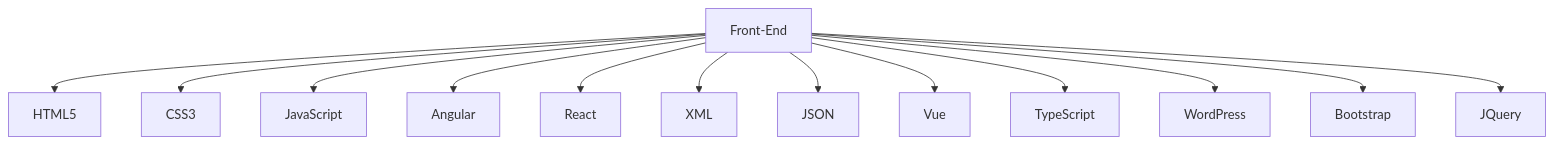
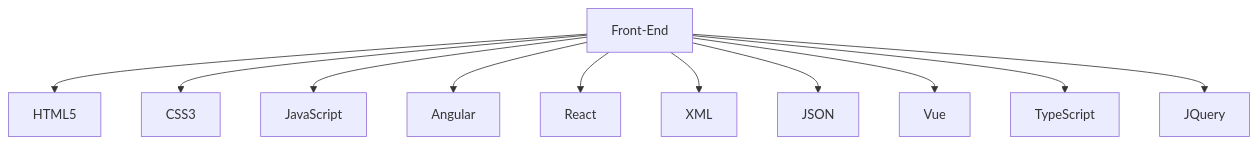
The first of 2 diagrams in README.md (Maxnegrao33/Maxnegrao33), drawn with Mermaid before and after one commit. The commit also changed other lines of this file, not shown here.

````diff
--- a/README.md
+++ b/README.md
@@ -121,15 +123,13 @@
 ```mermaid
 graph TD;
     Front-End-->HTML5;
     Front-End-->CSS3;
     Front-End-->JavaScript;
     Front-End-->Angular;
     Front-End-->React;
     Front-End-->XML;
     Front-End-->JSON;
     Front-End-->Vue;
     Front-End-->TypeScript;
-    Front-End-->WordPress;
-    Front-End-->Bootstrap;
     Front-End-->JQuery;
    ```
````
